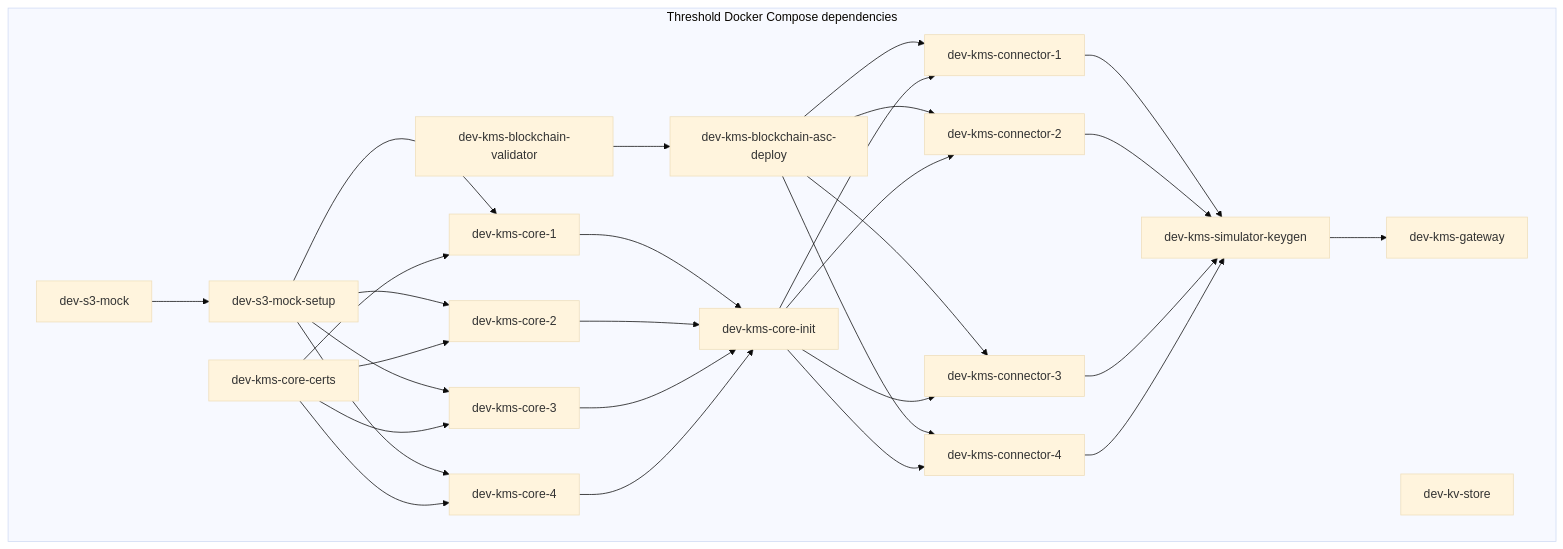
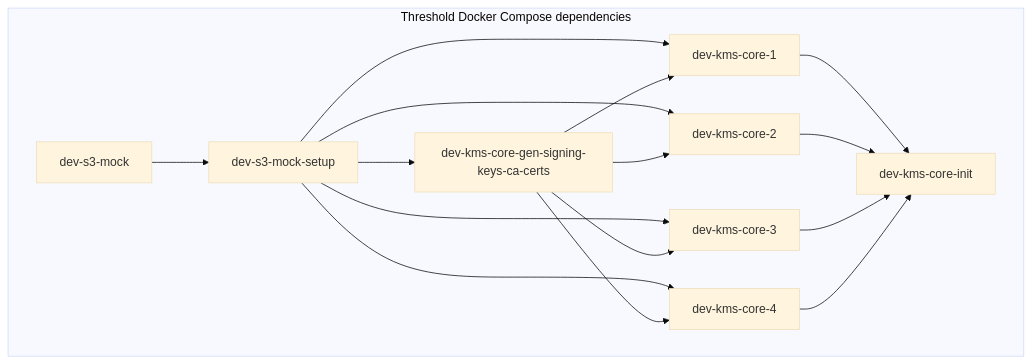
One commit to zama-ai/kms changed the second of 2 diagrams in docker-compose.md. Above: the diagram before and after it, drawn with Mermaid (base theme). The commit also changed other lines of this file, not shown here.

````diff
--- a/docker-compose.md
+++ b/docker-compose.md
@@ -34,60 +41,33 @@
 ```mermaid
 graph
   subgraph Threshold Docker Compose dependencies
     direction LR
-    dkbv[dev-kms-blockchain-validator]
-    dkbad[dev-kms-blockchain-asc-deploy]
-    dks[dev-kv-store]
     dsm[dev-s3-mock]
     dsms[dev-s3-mock-setup]
-    dkbv --> dkbad
     dsm --> dsms
 
-    dkcc[dev-kms-core-certs]
+    dkcc[dev-kms-core-gen-signing-keys-ca-certs]
+    dsms --> dkcc
+
     dkc1[dev-kms-core-1]
     dkc2[dev-kms-core-2]
     dkc3[dev-kms-core-3]
     dkc4[dev-kms-core-4]
 
     dsms --> dkc1
     dsms --> dkc2
     dsms --> dkc3
     dsms --> dkc4
 
     dkcc --> dkc1
     dkcc --> dkc2
     dkcc --> dkc3
     dkcc --> dkc4
 
     dkci[dev-kms-core-init]
     dkc1 --> dkci
     dkc2 --> dkci
     dkc3 --> dkci
     dkc4 --> dkci
-
-    dkcon1[dev-kms-connector-1]
-    dkcon2[dev-kms-connector-2]
-    dkcon3[dev-kms-connector-3]
-    dkcon4[dev-kms-connector-4]
-
-    dkbad --> dkcon1
-    dkbad --> dkcon2
-    dkbad --> dkcon3
-    dkbad --> dkcon4
-
-    dkci --> dkcon1
-    dkci --> dkcon2
-    dkci --> dkcon3
-    dkci --> dkcon4
-
-    dksk[dev-kms-simulator-keygen]
-
-    dkcon1 --> dksk
-    dkcon2 --> dksk
-    dkcon3 --> dksk
-    dkcon4 --> dksk
-
-    dkg[dev-kms-gateway]
-    dksk --> dkg
   end
 ```
````
